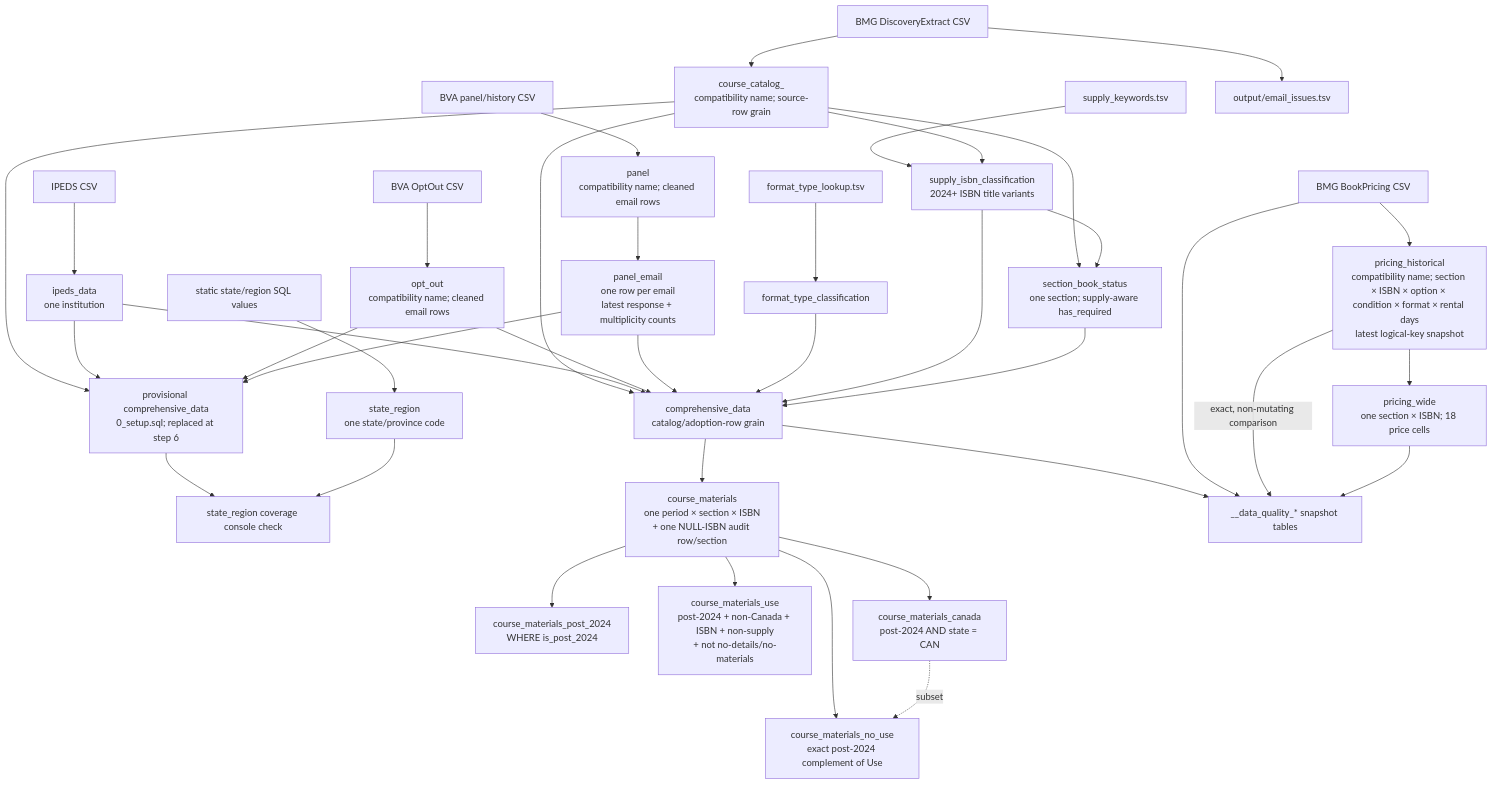
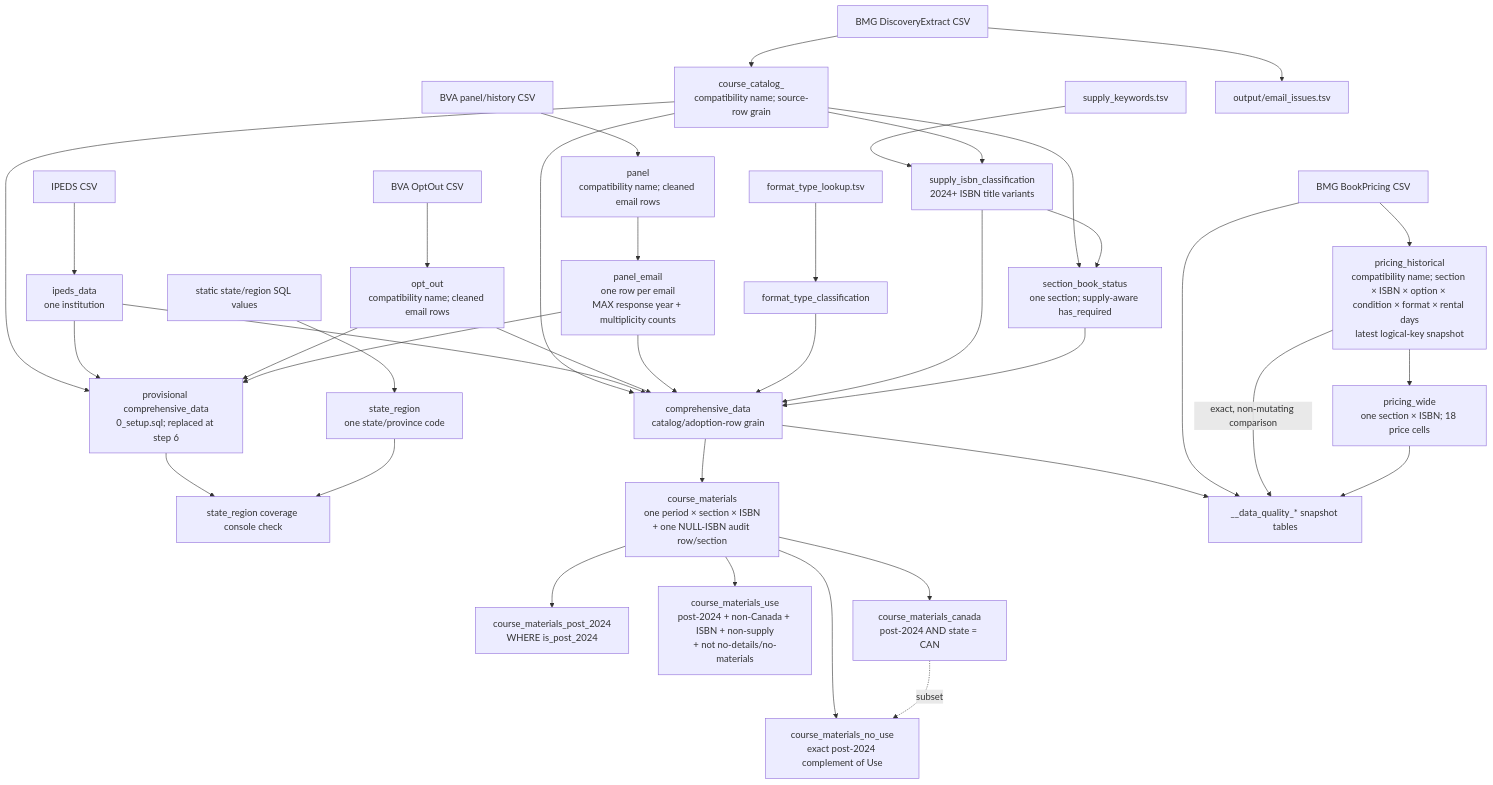
One commit to christopherseaman/commodoreSQL changed the second of 5 diagrams in SCHEMA.md. Above: the diagram before and after it, drawn with Mermaid. The commit also changed other lines of this file and 3 other files, not shown here.

Commit message:
docs: document mailing source-to-working flow

````diff
--- a/SCHEMA.md
+++ b/SCHEMA.md
@@ -238,41 +241,41 @@
 ```mermaid
 flowchart TD
     catalog_csv["BMG DiscoveryExtract CSV"] --> catalog["course_catalog_<date><br/>compatibility name; source-row grain"]
     ipeds_csv["IPEDS CSV"] --> ipeds["ipeds_data<br/>one institution"]
     optout_csv["BVA OptOut CSV"] --> optout["opt_out<br/>compatibility name; cleaned email rows"]
     panel_csv["BVA panel/history CSV"] --> panel["panel<br/>compatibility name; cleaned email rows"]
-    panel --> panel_email["panel_email<br/>one row per email<br/>latest response + multiplicity counts"]
+    panel --> panel_email["panel_email<br/>one row per email<br/>MAX response year + multiplicity counts"]
     pricing_csv["BMG BookPricing CSV"] --> pricing["pricing_historical<br/>compatibility name; section × ISBN × option × condition × format × rental days<br/>latest logical-key snapshot"]
     format_tsv["format_type_lookup.tsv"] --> ftc["format_type_classification"]
     supply_tsv["supply_keywords.tsv"] --> supply["supply_isbn_classification<br/>2024+ ISBN title variants"]
     static_region["static state/region SQL values"] --> region["state_region<br/>one state/province code"]
     catalog_csv --> email_audit["output/email_issues.tsv"]
     catalog --> cd0["provisional comprehensive_data<br/>0_setup.sql; replaced at step 6"]
     ipeds --> cd0
     optout --> cd0
     panel_email --> cd0
     cd0 --> region_check["state_region coverage console check"]
     region --> region_check
     catalog --> supply
     catalog --> sbs["section_book_status<br/>one section; supply-aware has_required"]
     supply --> sbs
     catalog --> cd["comprehensive_data<br/>catalog/adoption-row grain"]
     ipeds --> cd
     optout --> cd
     panel_email --> cd
     ftc --> cd
     supply --> cd
     sbs --> cd
 
     cd --> cm["course_materials<br/>one period × section × ISBN<br/>+ one NULL-ISBN audit row/section"]
     cm --> post24["course_materials_post_2024<br/>WHERE is_post_2024"]
     cm --> use["course_materials_use<br/>post-2024 + non-Canada + ISBN + non-supply<br/>+ not no-details/no-materials"]
     cm --> nouse["course_materials_no_use<br/>exact post-2024 complement of Use"]
     cm --> canada["course_materials_canada<br/>post-2024 AND state = CAN"]
     canada -. "subset" .-> nouse
     pricing --> pw["pricing_wide<br/>one section × ISBN; 18 price cells"]
     cd --> dq["__data_quality_* snapshot tables"]
     pricing_csv --> dq
     pricing -->|"exact, non-mutating comparison"| dq
     pw --> dq
 ```
````
